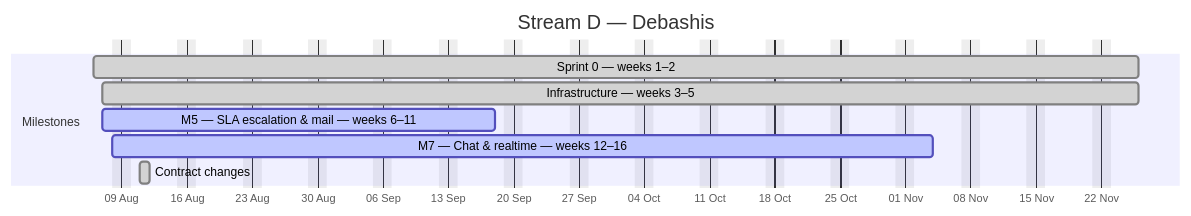
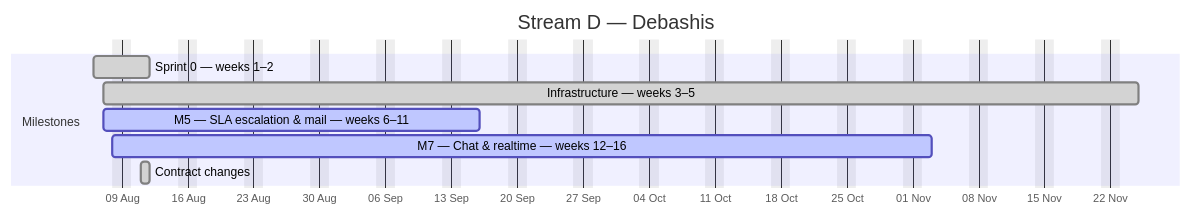
The fourth of 4 diagrams in docs/plan/GANTT.md (debashisedunext/EduTrack), drawn with Mermaid before and after one commit. The commit also changed other lines of this file and 3 other files, not shown here.

````diff
--- a/docs/plan/GANTT.md
+++ b/docs/plan/GANTT.md
@@ -174,13 +170,13 @@
 ```mermaid
 gantt
     dateFormat YYYY-MM-DD
     axisFormat %d %b
     title Stream D — Debashis
     excludes weekends
     section Milestones
-    Sprint 0 — weeks 1–2 :done, d0, 2026-08-06, 80d
-    Infrastructure — weeks 3–5 :done, d1, 2026-08-07, 79d
-    M5 — SLA  escalation & mail — weeks 6–11 :active, d2, 2026-08-07, 30d
-    M7 — Chat & realtime — weeks 12–16 :active, d3, 2026-08-08, 63d
+    Sprint 0 — weeks 1–2 :done, d0, 2026-08-06, 4d
+    Infrastructure — weeks 3–5 :done, d1, 2026-08-07, 78d
+    M5 — SLA  escalation & mail — weeks 6–11 :active, d2, 2026-08-07, 28d
+    M7 — Chat & realtime — weeks 12–16 :active, d3, 2026-08-08, 62d
     Contract changes :done, d4, 2026-08-11, 1d
 ```
````
